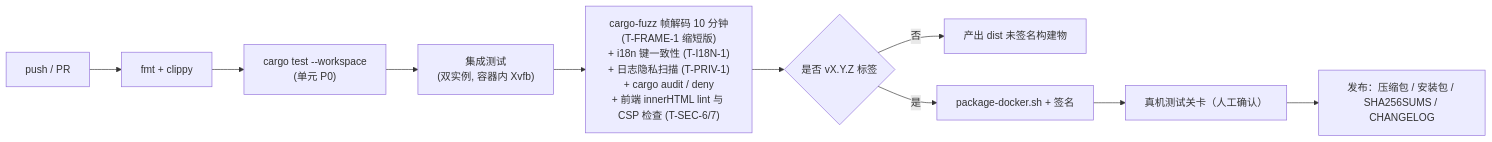
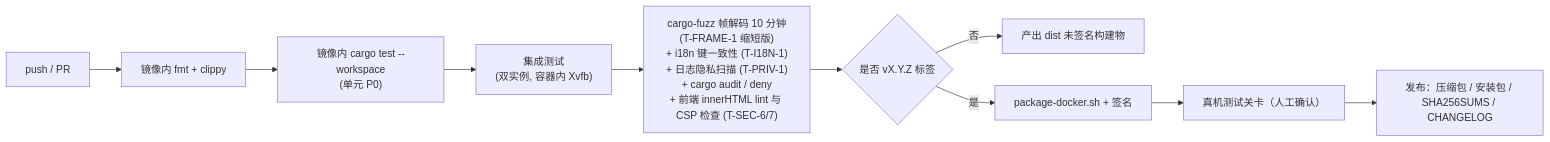
One commit to HadyLiu/Cross-SystemConnect changed the diagram in Doc/构建发布流程.md. Above: the diagram before and after it, drawn with Mermaid. The commit also changed other lines of this file and 51 other files, not shown here.

````diff
--- a/Doc/构建发布流程.md
+++ b/Doc/构建发布流程.md
@@ -150,12 +159,12 @@
 ```mermaid
 flowchart LR
-    A["push / PR"] --> B["fmt + clippy"]
-    B --> C["cargo test --workspace<br/>(单元 P0)"]
+    A["push / PR"] --> B["镜像内 fmt + clippy"]
+    B --> C["镜像内 cargo test --workspace<br/>(单元 P0)"]
     C --> D["集成测试<br/>(双实例, 容器内 Xvfb)"]
     D --> E["cargo-fuzz 帧解码 10 分钟<br/>(T-FRAME-1 缩短版)<br/>+ i18n 键一致性 (T-I18N-1)<br/>+ 日志隐私扫描 (T-PRIV-1)<br/>+ cargo audit / deny<br/>+ 前端 innerHTML lint 与 CSP 检查 (T-SEC-6/7)"]
     E --> F{"是否 vX.Y.Z 标签"}
     F -- 否 --> G["产出 dist 未签名构建物"]
     F -- 是 --> H["package-docker.sh + 签名"]
     H --> I["真机测试关卡（人工确认）"]
     I --> J["发布：压缩包 / 安装包 / SHA256SUMS / CHANGELOG"]
 ```
````
